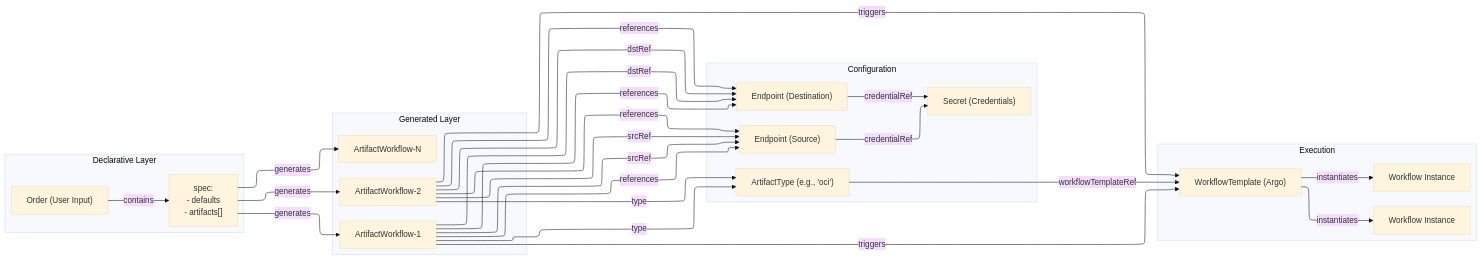
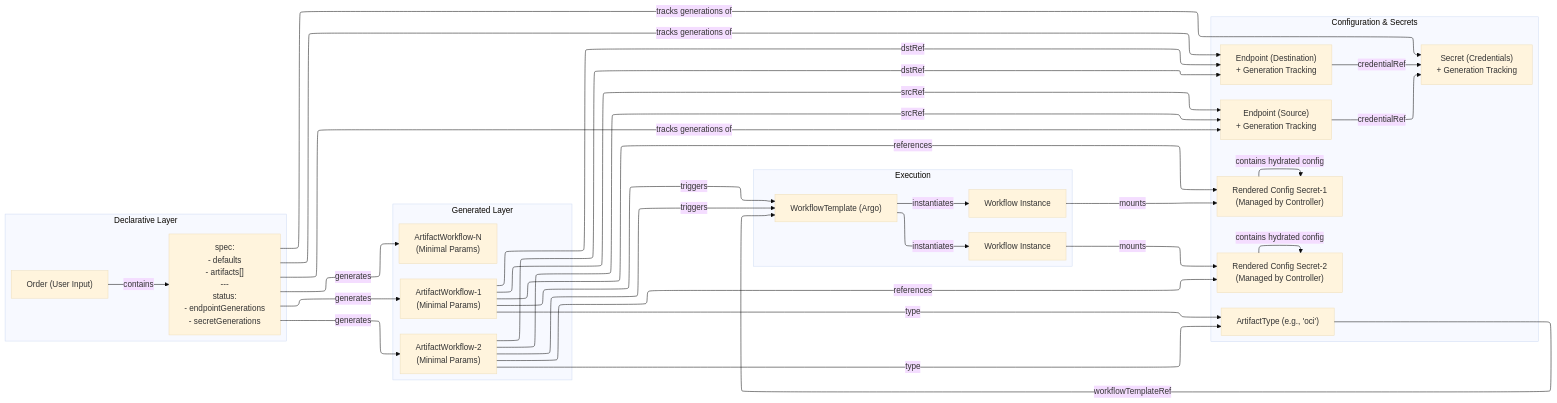
One commit to opendefensecloud/artifact-conduit changed the diagram in docs/developer-guide/adrs/001-ARC-Architecture.md. Above: the diagram before and after it, drawn with Mermaid (base theme). The commit also changed other lines of this file, not shown here.

Commit message:
draft some changes to architecture adr to reflect latest ideas

````diff
--- a/docs/developer-guide/adrs/001-ARC-Architecture.md
+++ b/docs/developer-guide/adrs/001-ARC-Architecture.md
@@ -100,45 +100,52 @@
 ```mermaid
 ---
 config:
   layout: elk
 ---
 flowchart LR
  subgraph subGraph0["Declarative Layer"]
         Order["Order (User Input)"]
-        Spec["spec:<br>- defaults<br>- artifacts[]"]
+        Spec["spec:<br>- defaults<br>- artifacts[]<br>--- <br>status:<br>- endpointGenerations<br>- secretGenerations"]
   end
  subgraph subGraph1["Generated Layer"]
-        ArtifactWorkflow1["ArtifactWorkflow-1"]
-        ArtifactWorkflow2["ArtifactWorkflow-2"]
-        ArtifactWorkflowN["ArtifactWorkflow-N"]
+        ArtifactWorkflow1["ArtifactWorkflow-1<br/>(Minimal Params)"]
+        ArtifactWorkflow2["ArtifactWorkflow-2<br/>(Minimal Params)"]
+        ArtifactWorkflowN["ArtifactWorkflow-N<br/>(Minimal Params)"]
   end
- subgraph Configuration["Configuration"]
+ subgraph Configuration["Configuration & Secrets"]
         ArtifactTypeDef@{ label: "ArtifactType (e.g., 'oci')" }
-        EndpointSrc["Endpoint (Source)"]
-        EndpointDst["Endpoint (Destination)"]
-        Secret["Secret (Credentials)"]
+        EndpointSrc["Endpoint (Source)<br/>+ Generation Tracking"]
+        EndpointDst["Endpoint (Destination)<br/>+ Generation Tracking"]
+        EndpointSecret["Secret (Credentials)<br/>+ Generation Tracking"]
+        RenderedSecret1["Rendered Config Secret-1<br/>(Managed by Controller)"]
+        RenderedSecret2["Rendered Config Secret-2<br/>(Managed by Controller)"]
   end
  subgraph Execution["Execution"]
         WorkflowTemplate["WorkflowTemplate (Argo)"]
         WorkflowInstance1["Workflow Instance"]
         WorkflowInstance2["Workflow Instance"]
   end
     Order -- contains --> Spec
     Spec -- generates --> ArtifactWorkflow1 & ArtifactWorkflow2 & ArtifactWorkflowN
+    Spec -- tracks generations of --> EndpointSrc & EndpointDst & EndpointSecret
     ArtifactWorkflow1 -- type --> ArtifactTypeDef
     ArtifactWorkflow2 -- type --> ArtifactTypeDef
     ArtifactWorkflow1 -- srcRef --> EndpointSrc
     ArtifactWorkflow2 -- srcRef --> EndpointSrc
     ArtifactWorkflow1 -- dstRef --> EndpointDst
     ArtifactWorkflow2 -- dstRef --> EndpointDst
-    ArtifactWorkflow1 -- references --> EndpointSrc & EndpointDst
-    ArtifactWorkflow2 -- references --> EndpointSrc & EndpointDst
-    EndpointSrc -- credentialRef --> Secret
-    EndpointDst -- credentialRef --> Secret
+    EndpointSrc -- credentialRef --> EndpointSecret
+    EndpointDst -- credentialRef --> EndpointSecret
     ArtifactTypeDef -- workflowTemplateRef --> WorkflowTemplate
+    ArtifactWorkflow1 -- references --> RenderedSecret1
+    ArtifactWorkflow2 -- references --> RenderedSecret2
+    RenderedSecret1 -- contains hydrated config --> RenderedSecret1
+    RenderedSecret2 -- contains hydrated config --> RenderedSecret2
     ArtifactWorkflow1 -- triggers --> WorkflowTemplate
     ArtifactWorkflow2 -- triggers --> WorkflowTemplate
     WorkflowTemplate -- instantiates --> WorkflowInstance1 & WorkflowInstance2
+    WorkflowInstance1 -- mounts --> RenderedSecret1
+    WorkflowInstance2 -- mounts --> RenderedSecret2
     ArtifactTypeDef@{ shape: rect}
 
 ```
````
